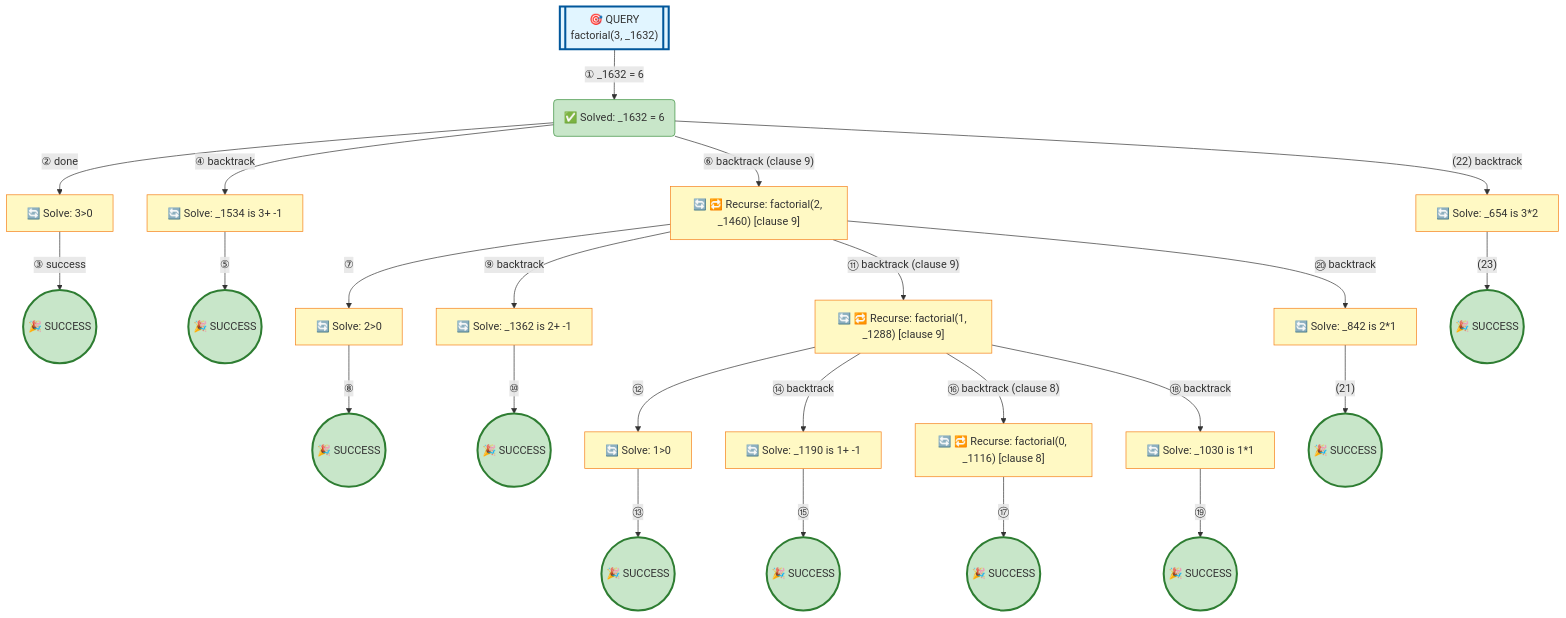
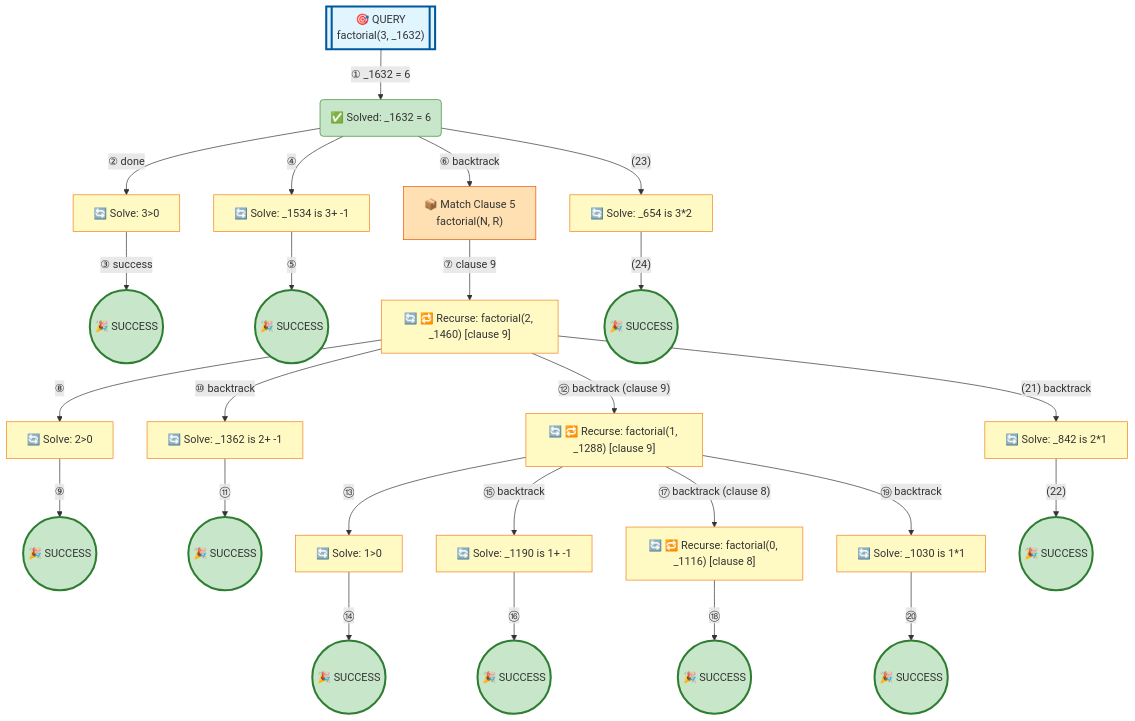
One commit to jarecsni/prolog-trace-viz changed the diagram in examples/factorial-detailed.md. Above: the diagram before and after it, drawn with Mermaid. The commit also changed other lines of this file and 15 other files, not shown here.

````diff
--- a/examples/factorial-detailed.md
+++ b/examples/factorial-detailed.md
@@ -23,49 +23,51 @@
 D(("🎉 SUCCESS"))
 E["🔄 Solve: _1534 is 3+ -1"]
 F(("🎉 SUCCESS"))
-G["🔄 🔁 Recurse: factorial(2, _1460) [clause 9]"]
-H["🔄 Solve: 2>0"]
-I(("🎉 SUCCESS"))
-J["🔄 Solve: _1362 is 2+ -1"]
-K(("🎉 SUCCESS"))
-L["🔄 🔁 Recurse: factorial(1, _1288) [clause 9]"]
-M["🔄 Solve: 1>0"]
-N(("🎉 SUCCESS"))
-O["🔄 Solve: _1190 is 1+ -1"]
-P(("🎉 SUCCESS"))
-Q["🔄 🔁 Recurse: factorial(0, _1116) [clause 8]"]
-R(("🎉 SUCCESS"))
-S["🔄 Solve: _1030 is 1*1"]
-T(("🎉 SUCCESS"))
-U["🔄 Solve: _842 is 2*1"]
-V(("🎉 SUCCESS"))
-W["🔄 Solve: _654 is 3*2"]
-X(("🎉 SUCCESS"))
+G["📦 Match Clause 5<br/>factorial(N, R)"]
+H["🔄 🔁 Recurse: factorial(2, _1460) [clause 9]"]
+I["🔄 Solve: 2>0"]
+J(("🎉 SUCCESS"))
+K["🔄 Solve: _1362 is 2+ -1"]
+L(("🎉 SUCCESS"))
+M["🔄 🔁 Recurse: factorial(1, _1288) [clause 9]"]
+N["🔄 Solve: 1>0"]
+O(("🎉 SUCCESS"))
+P["🔄 Solve: _1190 is 1+ -1"]
+Q(("🎉 SUCCESS"))
+R["🔄 🔁 Recurse: factorial(0, _1116) [clause 8]"]
+S(("🎉 SUCCESS"))
+T["🔄 Solve: _1030 is 1*1"]
+U(("🎉 SUCCESS"))
+V["🔄 Solve: _842 is 2*1"]
+W(("🎉 SUCCESS"))
+X["🔄 Solve: _654 is 3*2"]
+Y(("🎉 SUCCESS"))
 
 %% Edges
 A -->|"① _1632 = 6"| B
 B -->|"② done"| C
 C -->|"③ success"| D
-B -->|"④ backtrack"| E
+B -->|"④"| E
 E -->|"⑤"| F
-B -->|"⑥ backtrack (clause 9)"| G
-G -->|"⑦"| H
+B -->|"⑥ backtrack"| G
+G -->|"⑦ clause 9"| H
 H -->|"⑧"| I
-G -->|"⑨ backtrack"| J
-J -->|"⑩"| K
-G -->|"⑪ backtrack (clause 9)"| L
-L -->|"⑫"| M
+I -->|"⑨"| J
+H -->|"⑩ backtrack"| K
+K -->|"⑪"| L
+H -->|"⑫ backtrack (clause 9)"| M
 M -->|"⑬"| N
-L -->|"⑭ backtrack"| O
-O -->|"⑮"| P
-L -->|"⑯ backtrack (clause 8)"| Q
-Q -->|"⑰"| R
-L -->|"⑱ backtrack"| S
-S -->|"⑲"| T
-G -->|"⑳ backtrack"| U
-U -->|"(21)"| V
-B -->|"(22) backtrack"| W
-W -->|"(23)"| X
+N -->|"⑭"| O
+M -->|"⑮ backtrack"| P
+P -->|"⑯"| Q
+M -->|"⑰ backtrack (clause 8)"| R
+R -->|"⑱"| S
+M -->|"⑲ backtrack"| T
+T -->|"⑳"| U
+H -->|"(21) backtrack"| V
+V -->|"(22)"| W
+B -->|"(23)"| X
+X -->|"(24)"| Y
 
 %% Styles
 style A fill:#e1f5ff,stroke:#01579b,stroke-width:3px
@@ -74,22 +76,23 @@
 style D fill:#c8e6c9,stroke:#2e7d32,stroke-width:3px
 style E fill:#fff9c4,stroke:#f57f17
 style F fill:#c8e6c9,stroke:#2e7d32,stroke-width:3px
-style G fill:#fff9c4,stroke:#f57f17
+style G fill:#ffe0b2,stroke:#e65100
 style H fill:#fff9c4,stroke:#f57f17
-style I fill:#c8e6c9,stroke:#2e7d32,stroke-width:3px
-style J fill:#fff9c4,stroke:#f57f17
-style K fill:#c8e6c9,stroke:#2e7d32,stroke-width:3px
-style L fill:#fff9c4,stroke:#f57f17
+style I fill:#fff9c4,stroke:#f57f17
+style J fill:#c8e6c9,stroke:#2e7d32,stroke-width:3px
+style K fill:#fff9c4,stroke:#f57f17
+style L fill:#c8e6c9,stroke:#2e7d32,stroke-width:3px
 style M fill:#fff9c4,stroke:#f57f17
-style N fill:#c8e6c9,stroke:#2e7d32,stroke-width:3px
-style O fill:#fff9c4,stroke:#f57f17
-style P fill:#c8e6c9,stroke:#2e7d32,stroke-width:3px
-style Q fill:#fff9c4,stroke:#f57f17
-style R fill:#c8e6c9,stroke:#2e7d32,stroke-width:3px
-style S fill:#fff9c4,stroke:#f57f17
-style T fill:#c8e6c9,stroke:#2e7d32,stroke-width:3px
-style U fill:#fff9c4,stroke:#f57f17
-style V fill:#c8e6c9,stroke:#2e7d32,stroke-width:3px
-style W fill:#fff9c4,stroke:#f57f17
-style X fill:#c8e6c9,stroke:#2e7d32,stroke-width:3px
+style N fill:#fff9c4,stroke:#f57f17
+style O fill:#c8e6c9,stroke:#2e7d32,stroke-width:3px
+style P fill:#fff9c4,stroke:#f57f17
+style Q fill:#c8e6c9,stroke:#2e7d32,stroke-width:3px
+style R fill:#fff9c4,stroke:#f57f17
+style S fill:#c8e6c9,stroke:#2e7d32,stroke-width:3px
+style T fill:#fff9c4,stroke:#f57f17
+style U fill:#c8e6c9,stroke:#2e7d32,stroke-width:3px
+style V fill:#fff9c4,stroke:#f57f17
+style W fill:#c8e6c9,stroke:#2e7d32,stroke-width:3px
+style X fill:#fff9c4,stroke:#f57f17
+style Y fill:#c8e6c9,stroke:#2e7d32,stroke-width:3px
 ```
````
